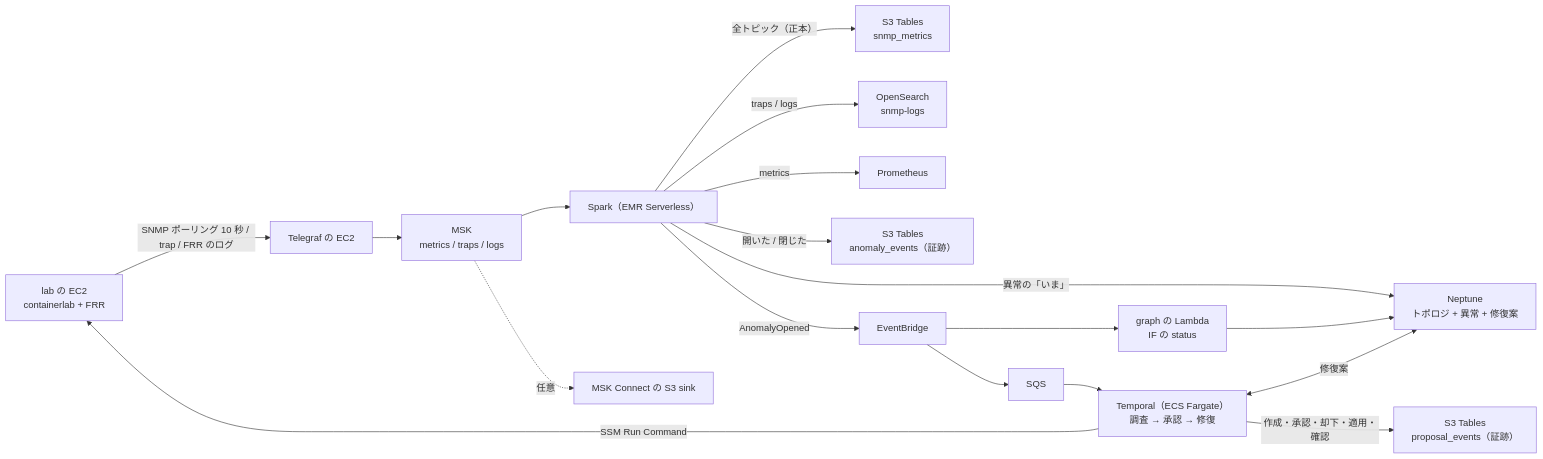
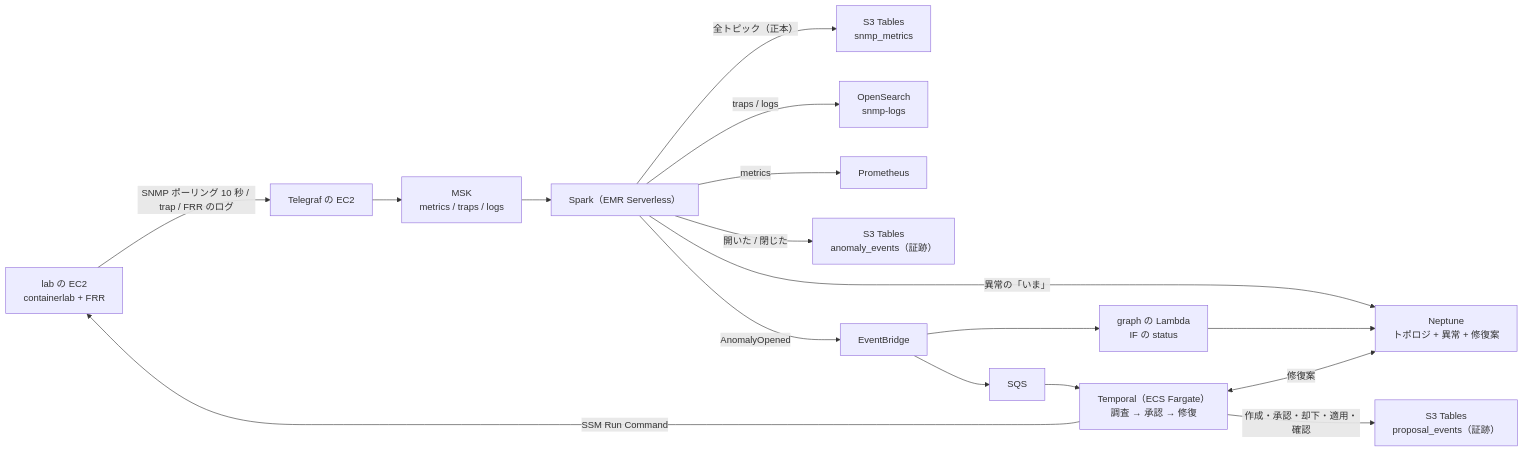
The second of 2 diagrams in docs/architecture.md (eddie-eights/cf-netops-sandbox), drawn with Mermaid before and after one commit. The commit also changed other lines of this file and 21 other files, not shown here.

First line of the commit message:
stream の MSK Connect の S3 sink を消す（生データは Spark が S3 Tables に入れるので要らない）

````diff
--- a/docs/architecture.md
+++ b/docs/architecture.md
@@ -25,17 +25,16 @@
 ```mermaid
 flowchart LR
   LAB["lab の EC2<br/>containerlab + FRR"] -->|"SNMP ポーリング 10 秒 / trap / FRR のログ"| TG["Telegraf の EC2"] --> MSK["MSK<br/>metrics / traps / logs"]
   MSK --> SPARK["Spark（EMR Serverless）"]
-  MSK -.->|"任意"| S3SINK["MSK Connect の S3 sink"]
   SPARK -->|"全トピック（正本）"| ICE["S3 Tables<br/>snmp_metrics"]
   SPARK -->|"traps / logs"| OS["OpenSearch<br/>snmp-logs"]
   SPARK -->|"metrics"| PROM["Prometheus"]
   SPARK -->|"開いた / 閉じた"| AEV["S3 Tables<br/>anomaly_events（証跡）"]
   SPARK -->|"異常の「いま」"| NEP["Neptune<br/>トポロジ + 異常 + 修復案"]
   SPARK -->|"AnomalyOpened"| EB["EventBridge"]
   EB --> GL["graph の Lambda<br/>IF の status"] --> NEP
   EB --> SQS["SQS"] --> WF["Temporal（ECS Fargate）<br/>調査 → 承認 → 修復"]
   WF <-->|"修復案"| NEP
   WF -->|"作成・承認・却下・適用・確認"| PEV["S3 Tables<br/>proposal_events（証跡）"]
   WF -->|"SSM Run Command"| LAB
 ```
````
